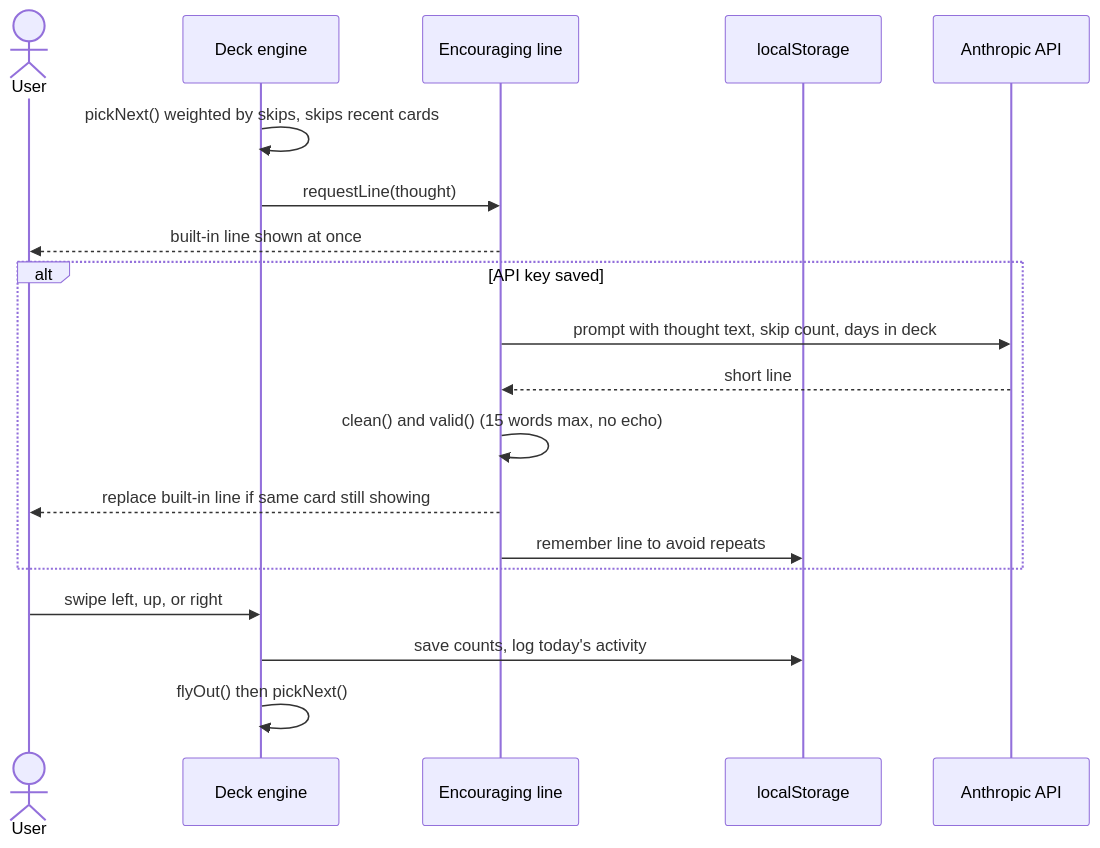
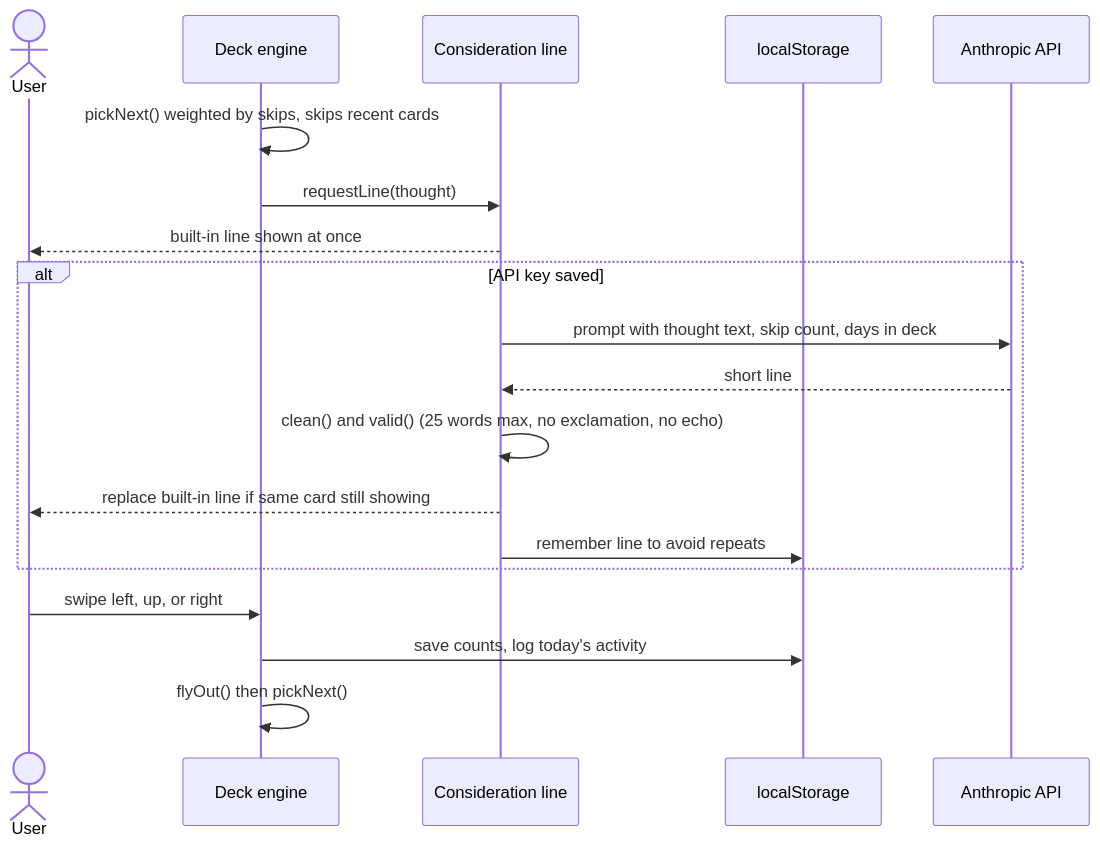
One commit to grahamdeno/scales changed the third of 3 diagrams in docs/ARCHITECTURE.md. Above: the diagram before and after it, drawn with Mermaid. The commit also changed other lines of this file and 3 other files, not shown here.

Commit message:
Replace encouraging line with a reflective consideration drawn from the thought

````diff
--- a/docs/ARCHITECTURE.md
+++ b/docs/ARCHITECTURE.md
@@ -85,22 +85,22 @@
 ```mermaid
 sequenceDiagram
     actor U as User
     participant D as Deck engine
-    participant L as Encouraging line
+    participant L as Consideration line
     participant S as localStorage
     participant A as Anthropic API
 
     D->>D: pickNext() weighted by skips, skips recent cards
     D->>L: requestLine(thought)
     L-->>U: built-in line shown at once
     alt API key saved
         L->>A: prompt with thought text, skip count, days in deck
         A-->>L: short line
-        L->>L: clean() and valid() (15 words max, no echo)
+        L->>L: clean() and valid() (25 words max, no exclamation, no echo)
         L-->>U: replace built-in line if same card still showing
         L->>S: remember line to avoid repeats
     end
     U->>D: swipe left, up, or right
     D->>S: save counts, log today's activity
     D->>D: flyOut() then pickNext()
 ```
````
